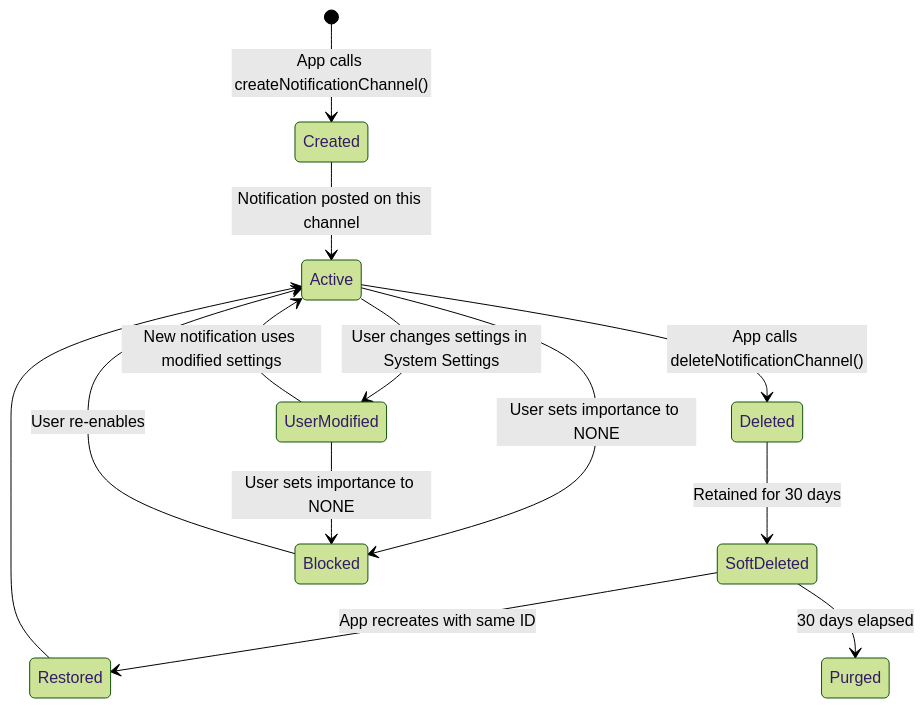
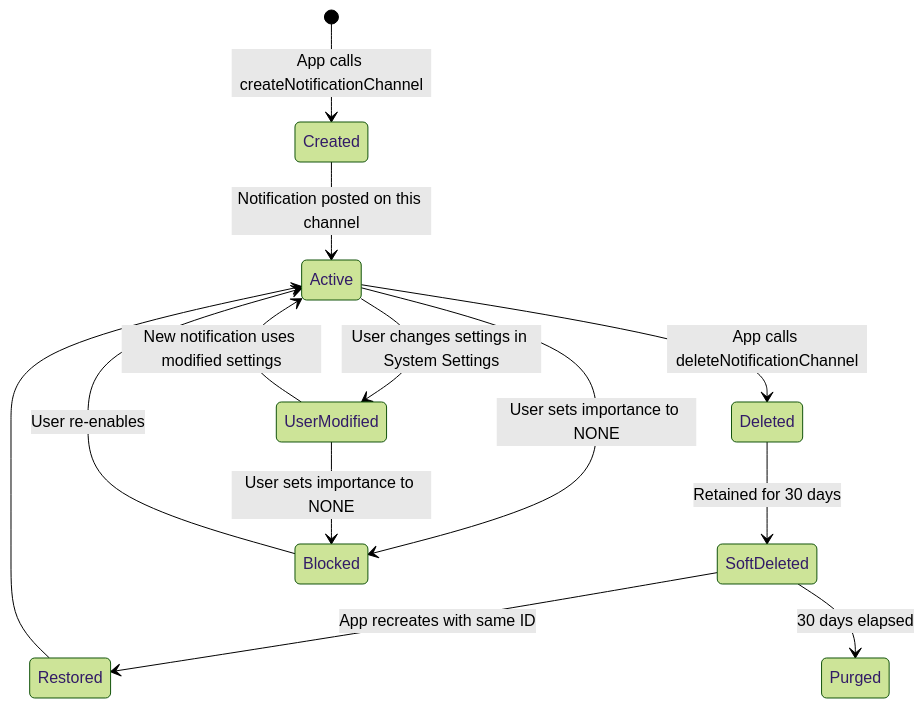
Before and after one commit to fwrite0920/aosp-internal-book: the fifth of 16 diagrams in 28-notifications.md, drawn with Mermaid (forest theme). The commit also changed other lines of this file and 13 other files, not shown here.

First line of the commit message:
Fix Mermaid diagrams and formatting in Parts VII-VIII (chapters 26-39)

````diff
--- a/28-notifications.md
+++ b/28-notifications.md
@@ -822,15 +822,15 @@
 ```mermaid
 stateDiagram-v2
-    [*] --> Created: App calls createNotificationChannel()
+    [*] --> Created: App calls createNotificationChannel
     Created --> Active: Notification posted on this channel
     Active --> UserModified: User changes settings in System Settings
     UserModified --> Active: New notification uses modified settings
-    Active --> Deleted: App calls deleteNotificationChannel()
+    Active --> Deleted: App calls deleteNotificationChannel
     Deleted --> SoftDeleted: Retained for 30 days
     SoftDeleted --> Restored: App recreates with same ID
     SoftDeleted --> Purged: 30 days elapsed
     Restored --> Active
     Active --> Blocked: User sets importance to NONE
     Blocked --> Active: User re-enables
     UserModified --> Blocked: User sets importance to NONE
 ```
````
